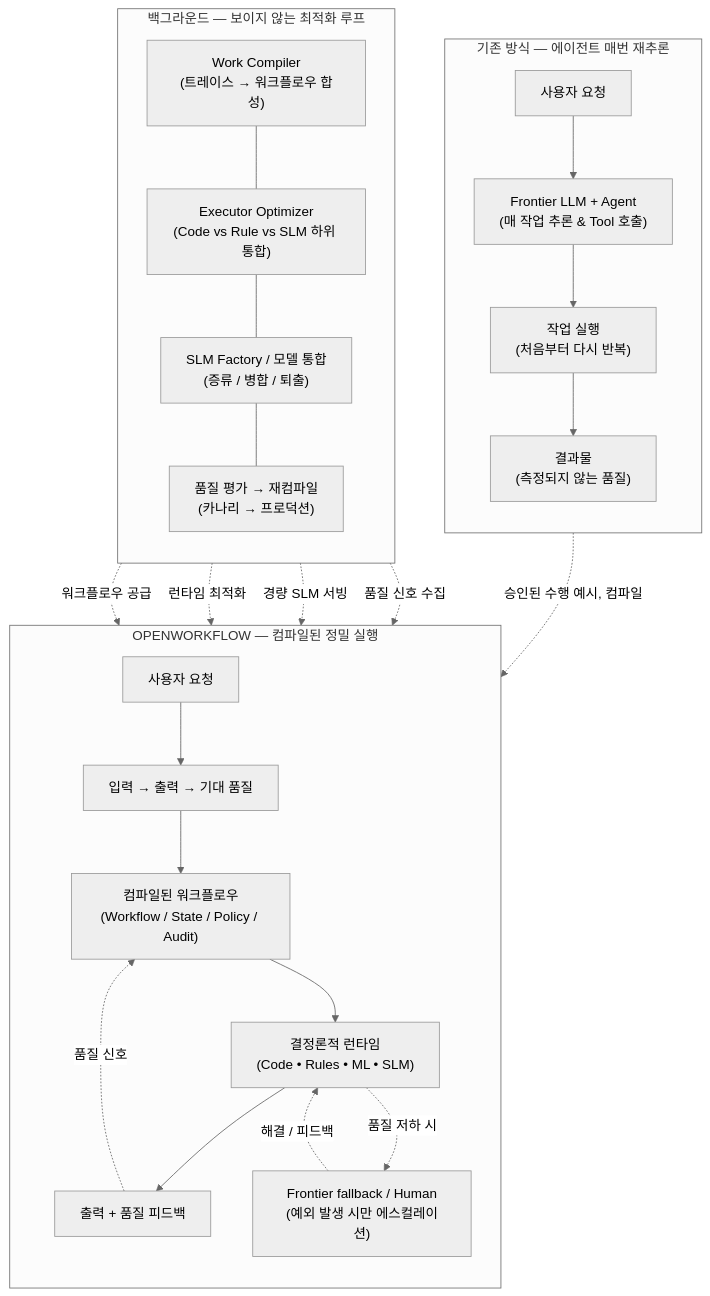
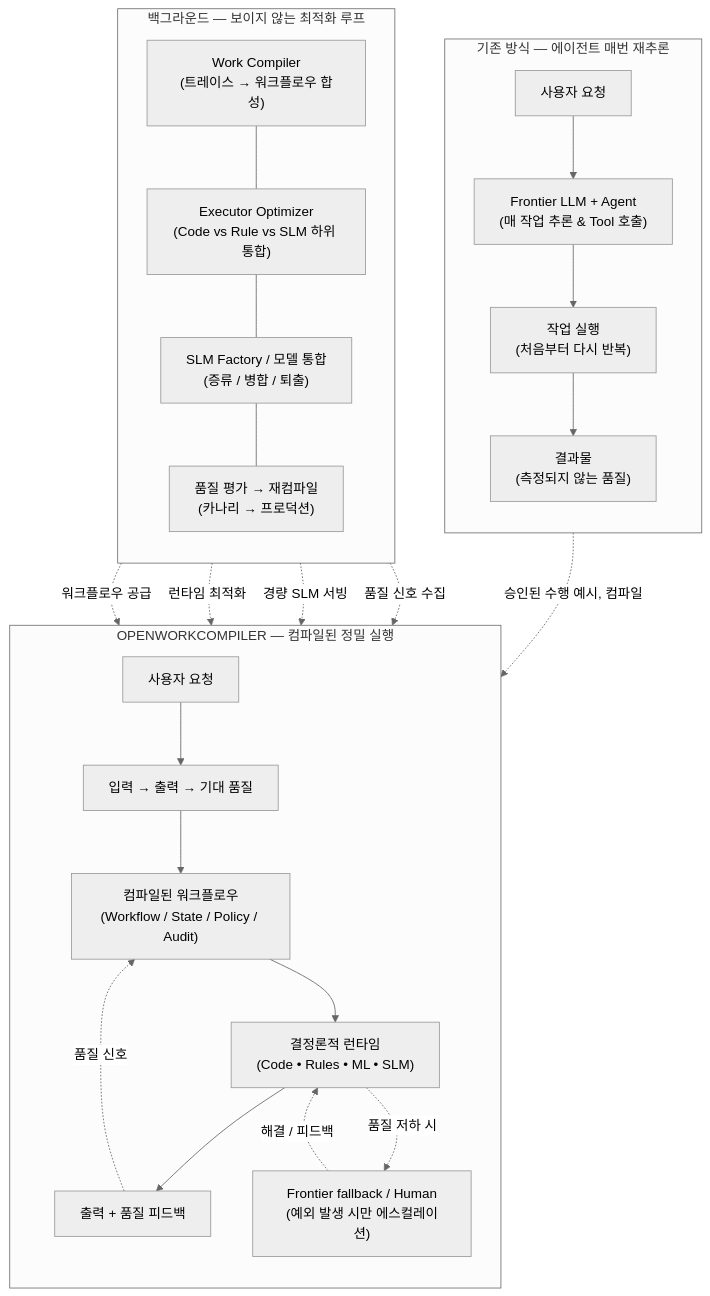
The second of 2 diagrams in README.md (baryonlabs/workcompiler), drawn with Mermaid (neutral theme) before and after one commit. The commit also changed other lines of this file and 169 other files, not shown here.

````diff
--- a/README.md
+++ b/README.md
@@ -164,40 +164,40 @@
 ```mermaid
 flowchart TB
     subgraph LEFT["기존 방식 — 에이전트 매번 재추론"]
         direction TB
         L1["사용자 요청"]
         L2["Frontier LLM + Agent<br/>(매 작업 추론 &amp; Tool 호출)"]
         L3["작업 실행<br/>(처음부터 다시 반복)"]
         L4["결과물<br/>(측정되지 않는 품질)"]
         L1 --> L2 --> L3 --> L4
     end
 
-    subgraph RIGHT["OPENWORKFLOW — 컴파일된 정밀 실행"]
+    subgraph RIGHT["OPENWORKCOMPILER — 컴파일된 정밀 실행"]
         direction TB
         R1["사용자 요청"]
         R2["입력 → 출력 → 기대 품질"]
         R3["컴파일된 워크플로우<br/>(Workflow / State / Policy / Audit)"]
         R4["결정론적 런타임<br/>(Code • Rules • ML • SLM)"]
         R5["Frontier fallback / Human<br/>(예외 발생 시만 에스컬레이션)"]
         R6["출력 + 품질 피드백"]
         R1 --> R2 --> R3 --> R4 --> R6
         R4 -. "품질 저하 시" .-> R5
         R5 -. "해결 / 피드백" .-> R4
         R6 -. "품질 신호" .-> R3
     end
 
     subgraph BG["백그라운드 — 보이지 않는 최적화 루프"]
         direction TB
         B1["Work Compiler<br/>(트레이스 → 워크플로우 합성)"]
         B2["Executor Optimizer<br/>(Code vs Rule vs SLM 하위 통합)"]
         B3["SLM Factory / 모델 통합<br/>(증류 / 병합 / 퇴출)"]
         B4["품질 평가 → 재컴파일<br/>(카나리 → 프로덕션)"]
         B1 --- B2 --- B3 --- B4
     end
 
     L4 -. "승인된 수행 예시, 컴파일" .-> R3
     B1 -. "워크플로우 공급" .-> R3
     B2 -. "런타임 최적화" .-> R4
     B3 -. "경량 SLM 서빙" .-> R4
     B4 -. "품질 신호 수집" .-> R6
 ```
````
